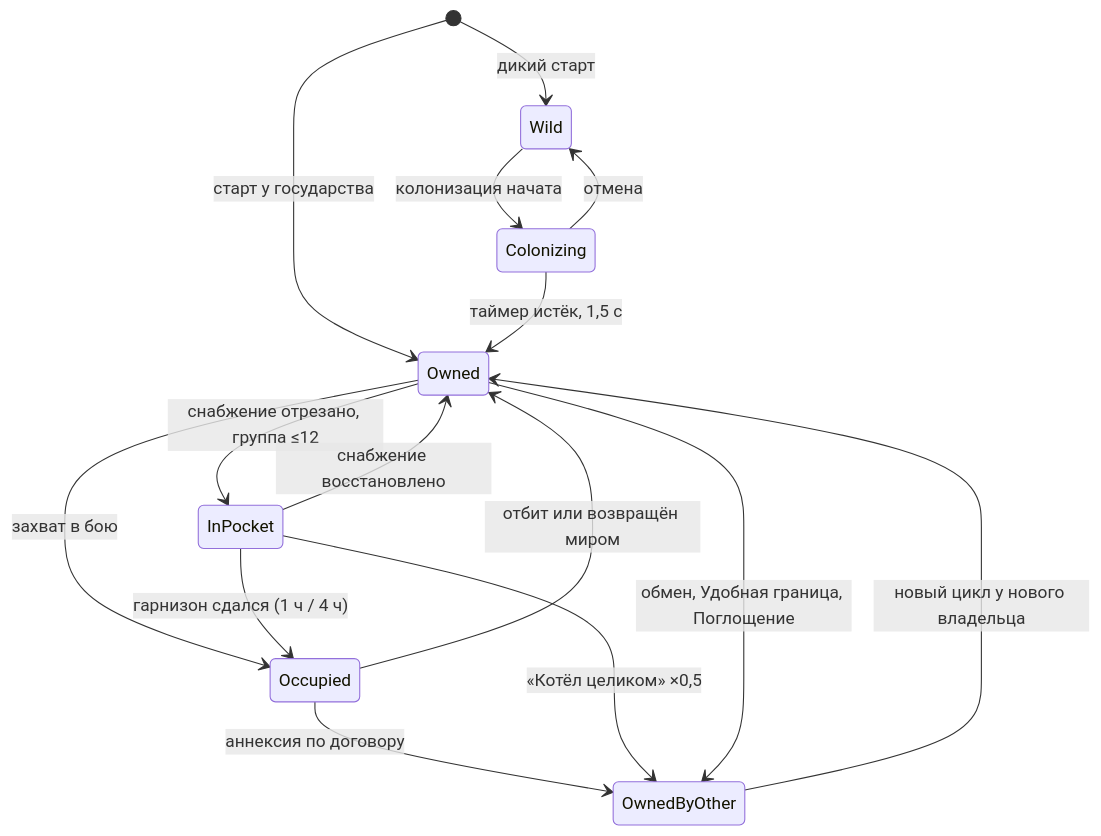
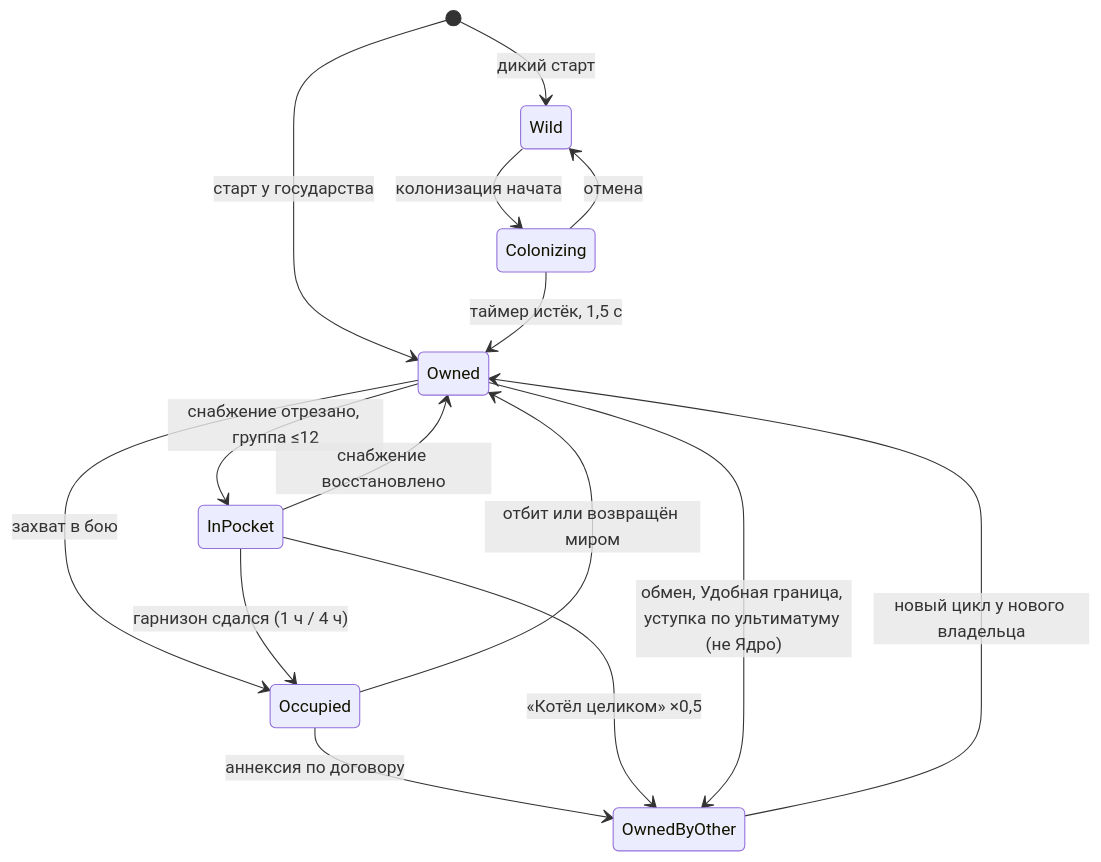
One commit to kaboomenko/Raivon changed the first of 5 diagrams in docs/gdd/02_map_territory.md. Above: the diagram before and after it, drawn with Mermaid. The commit also changed other lines of this file and 12 other files, not shown here.

````diff
--- a/docs/gdd/02_map_territory.md
+++ b/docs/gdd/02_map_territory.md
@@ -249,17 +256,17 @@
 ```mermaid
 stateDiagram-v2
     [*] --> Wild: дикий старт
     [*] --> Owned: старт у государства
     Wild --> Colonizing: колонизация начата
     Colonizing --> Wild: отмена
     Colonizing --> Owned: таймер истёк, 1,5 с
     Owned --> Occupied: захват в бою
     Owned --> InPocket: снабжение отрезано, группа ≤12
     InPocket --> Owned: снабжение восстановлено
     InPocket --> Occupied: гарнизон сдался (1 ч / 4 ч)
     Occupied --> Owned: отбит или возвращён миром
     Occupied --> OwnedByOther: аннексия по договору
     InPocket --> OwnedByOther: «Котёл целиком» ×0,5
-    Owned --> OwnedByOther: обмен, Удобная граница, Поглощение
+    Owned --> OwnedByOther: обмен, Удобная граница, уступка по ультиматуму (не Ядро)
     OwnedByOther --> Owned: новый цикл у нового владельца
 ```
````
